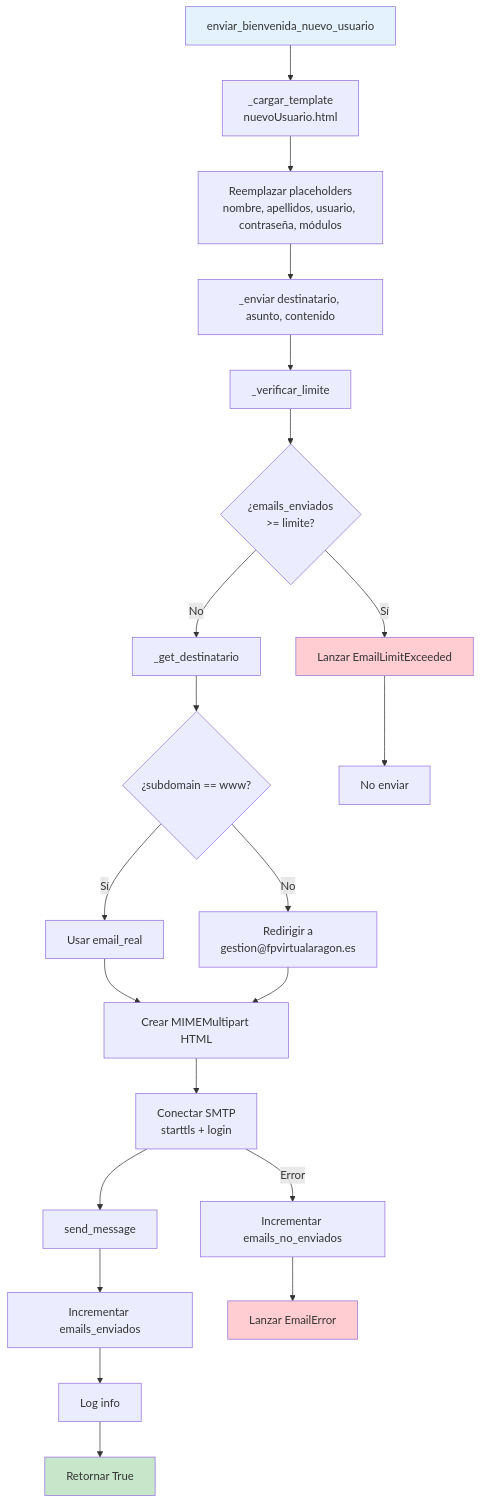
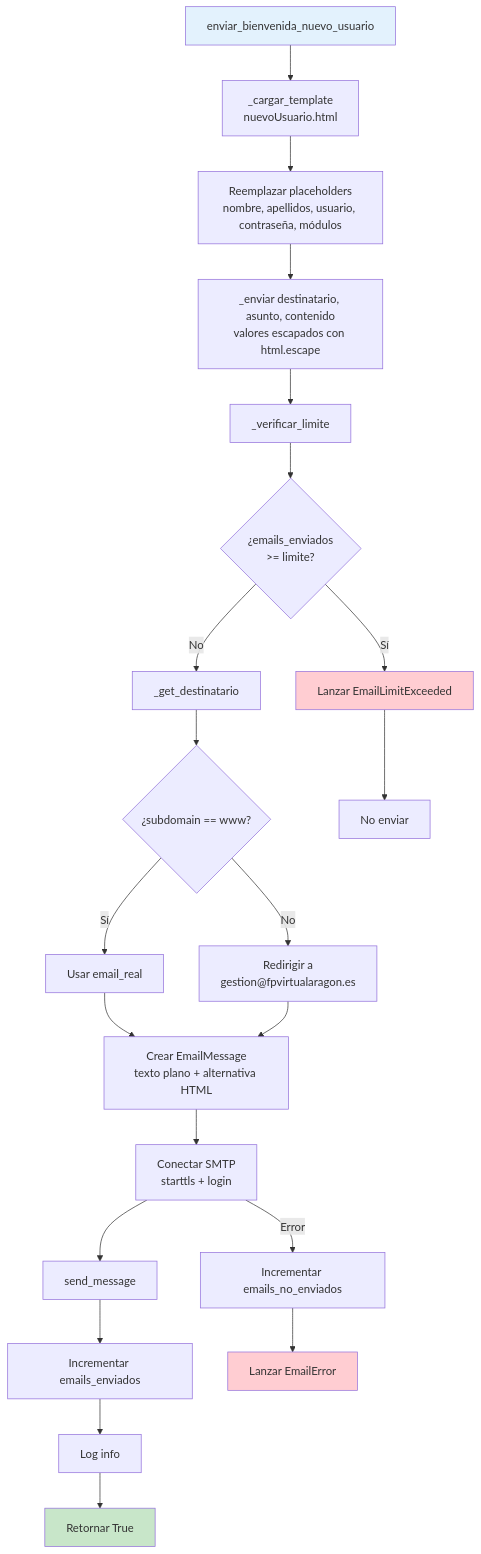
The ninth of 13 diagrams in docus/flujos.md (FPVirtual/fp-virtual-gestion-alumnos), drawn with Mermaid before and after one commit. The commit also changed other lines of this file and 35 other files, not shown here.

````diff
--- a/docus/flujos.md
+++ b/docus/flujos.md
@@ -346,32 +346,32 @@
 ```mermaid
 flowchart TD
     A[enviar_bienvenida_nuevo_usuario] --> B[_cargar_template<br/>nuevoUsuario.html]
     B --> C[Reemplazar placeholders<br/>nombre, apellidos, usuario, contraseña, módulos]
 
-    C --> D[_enviar destinatario, asunto, contenido]
+    C --> D[_enviar destinatario, asunto, contenido<br/>valores escapados con html.escape]
     D --> E[_verificar_limite]
     E --> F{¿emails_enviados<br/>>= limite?}
     F -->|Sí| G[Lanzar EmailLimitExceeded]
     F -->|No| H[_get_destinatario]
 
     H --> I{¿subdomain == www?}
     I -->|Sí| J[Usar email_real]
     I -->|No| K[Redirigir a<br/>gestion@fpvirtualaragon.es]
 
-    J --> L[Crear MIMEMultipart HTML]
+    J --> L[Crear EmailMessage<br/>texto plano + alternativa HTML]
     K --> L
     L --> M[Conectar SMTP<br/>starttls + login]
     M --> N[send_message]
     N --> O[Incrementar emails_enviados]
     O --> P[Log info]
     P --> Q[Retornar True]
 
     G --> R[No enviar]
     M -->|Error| S[Incrementar emails_no_enviados]
     S --> T[Lanzar EmailError]
 
     style A fill:#e3f2fd
     style Q fill:#c8e6c9
     style G fill:#ffcdd2
     style T fill:#ffcdd2
 ```
````
